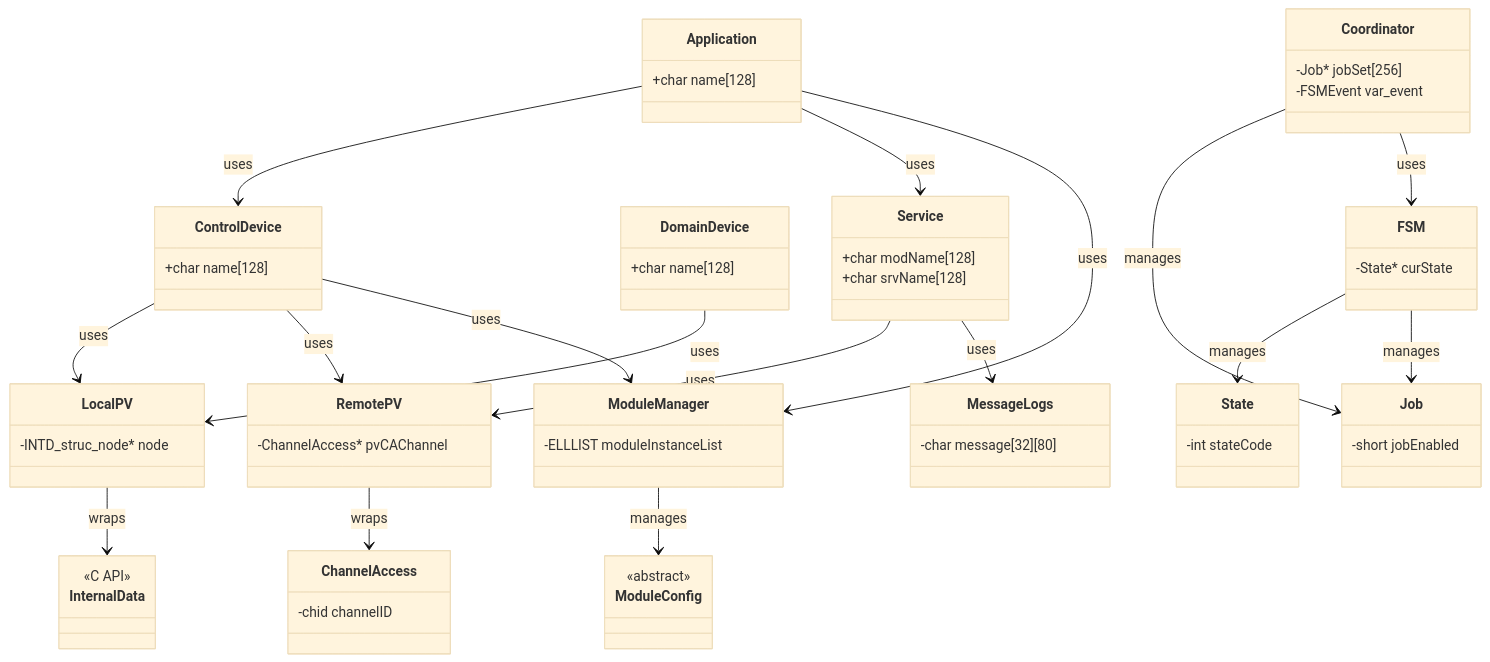
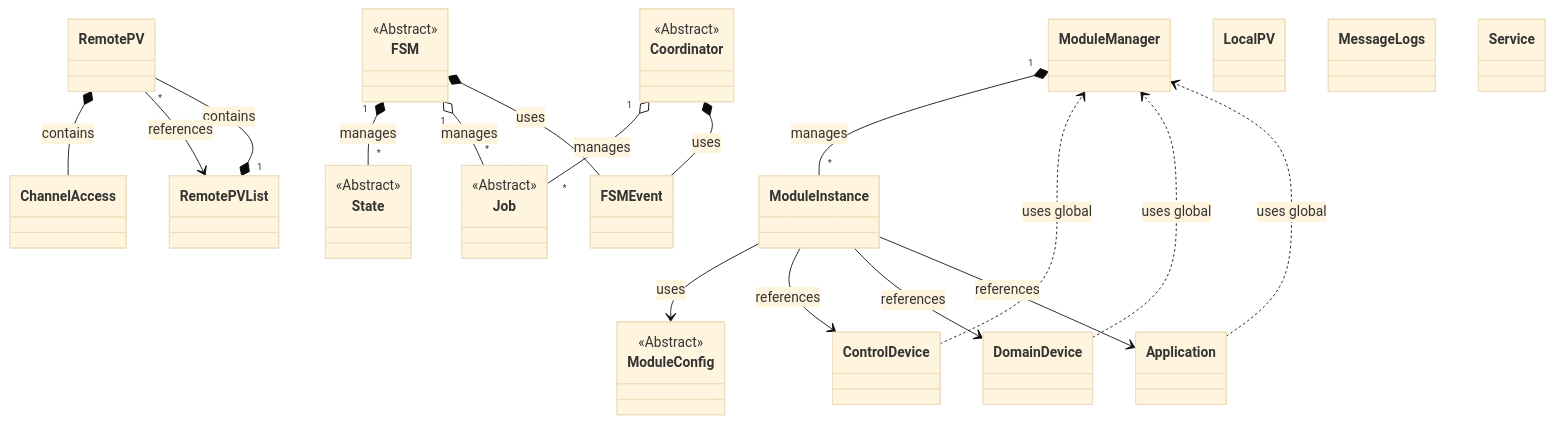
Before and after one commit to aaqiao/ooEpics: the fifth of 5 diagrams in doc/ooEpicsApp_Documentation.md, drawn with Mermaid (base theme). The commit also changed other lines of this file, not shown here.

Commit message:
added docu

````diff
--- a/doc/ooEpicsApp_Documentation.md
+++ b/doc/ooEpicsApp_Documentation.md
@@ -415,81 +402,81 @@
 ```mermaid
 classDiagram
+    %% Relationships
+    ModuleManager "1" *-- "*" ModuleInstance : manages
+    ModuleInstance --> ModuleConfig : uses
+    ModuleInstance --> ControlDevice : references
+    ModuleInstance --> DomainDevice : references
+    ModuleInstance --> Application : references
+    
+    Application ..> ModuleManager : uses global
+    ControlDevice ..> ModuleManager : uses global
+    DomainDevice ..> ModuleManager : uses global
+    
+    RemotePV *-- ChannelAccess : contains
+    RemotePVList "1" *-- "*" RemotePV : contains
+    RemotePV --> RemotePVList : references
+    
+    FSM "1" *-- "*" State : manages
+    FSM "1" o-- "*" Job : manages
+    FSM *-- FSMEvent : uses
+    
+    Coordinator "1" o-- "*" Job : manages
+    Coordinator *-- FSMEvent : uses
+    
+    %% Class Definitions
     class Application {
-        +char name[128]
+    }
+
+    class ChannelAccess {
     }
     
     class ControlDevice {
-        +char name[128]
+    }
+    
+    class Coordinator {
+        <<Abstract>>
     }
     
     class DomainDevice {
-        +char name[128]
+    }
+    
+    class FSM {
+        <<Abstract>>
+    }
+    
+    class State {
+        <<Abstract>>
+    }
+    
+    class FSMEvent {
+    }
+    
+    class Job {
+        <<Abstract>>
+    }
+    
+    class LocalPV {
+    }
+    
+    class MessageLogs {
+    }
+    
+    class ModuleConfig {
+        <<Abstract>>
+    }
+    
+    class ModuleManager {
+    }
+    
+    class ModuleInstance {
+    }
+    
+    class RemotePV {
+    }
+    
+    class RemotePVList {
     }
     
     class Service {
-        +char modName[128]
-        +char srvName[128]
     }
-    
-    class LocalPV {
-        -INTD_struc_node* node
-    }
-    
-    class RemotePV {
-        -ChannelAccess* pvCAChannel
-    }
-    
-    class ChannelAccess {
-        -chid channelID
-    }
-    
-    class InternalData {
-        <<C API>>
-    }
-    
-    class FSM {
-        -State* curState
-    }
-    
-    class State {
-        -int stateCode
-    }
-    
-    class Job {
-        -short jobEnabled
-    }
-    
-    class Coordinator {
-        -Job* jobSet[256]
-        -FSMEvent var_event
-    }
-    
-    class ModuleManager {
-        -ELLLIST moduleInstanceList
-    }
-    
-    class ModuleConfig {
-        <<abstract>>
-    }
-    
-    class MessageLogs {
-        -char message[32][80]
-    }
-    
-    Application --> ControlDevice : uses
-    Application --> Service : uses
-    ControlDevice --> LocalPV : uses
-    ControlDevice --> RemotePV : uses
-    DomainDevice --> LocalPV : uses
-    Service --> RemotePV : uses
-    LocalPV --> InternalData : wraps
-    RemotePV --> ChannelAccess : wraps
-    FSM --> State : manages
-    FSM --> Job : manages
-    Coordinator --> Job : manages
-    Coordinator --> FSM : uses
-    ModuleManager --> ModuleConfig : manages
-    Application --> ModuleManager : uses
-    ControlDevice --> ModuleManager : uses
-    Service --> MessageLogs : uses
 ```
````
